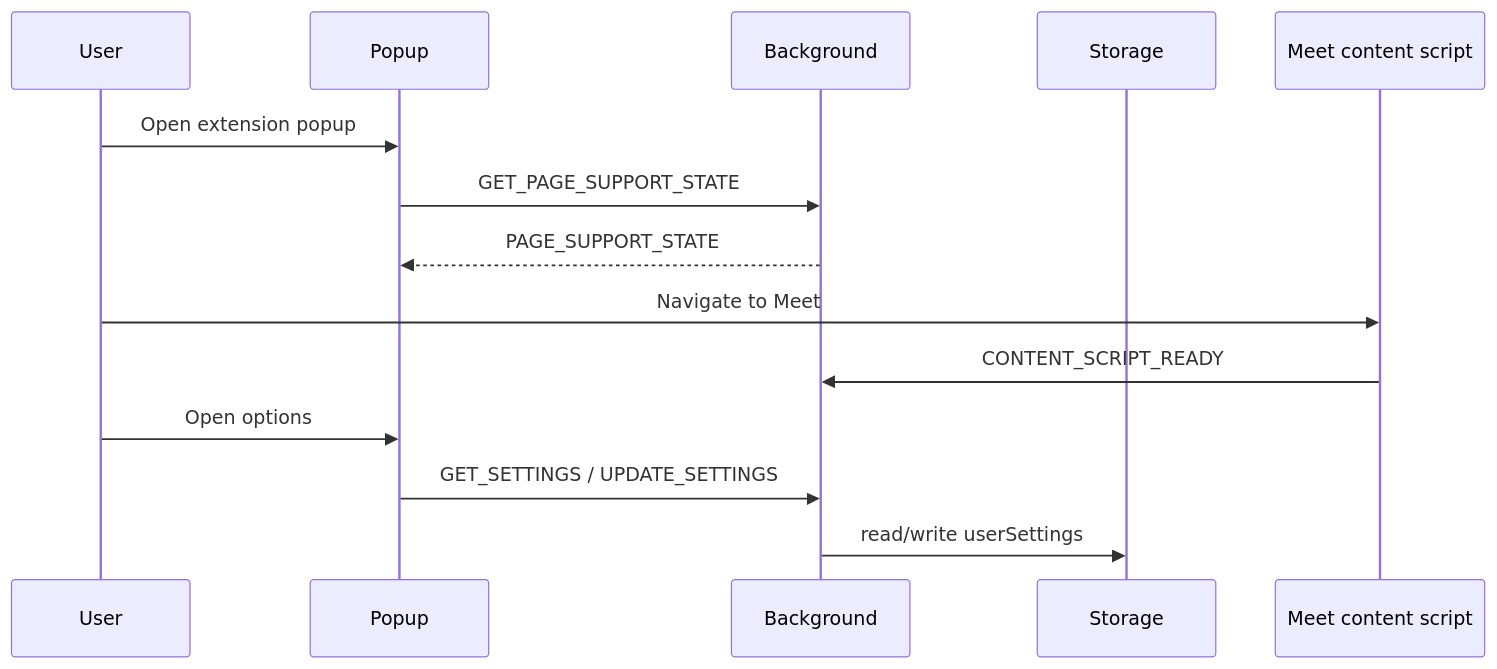
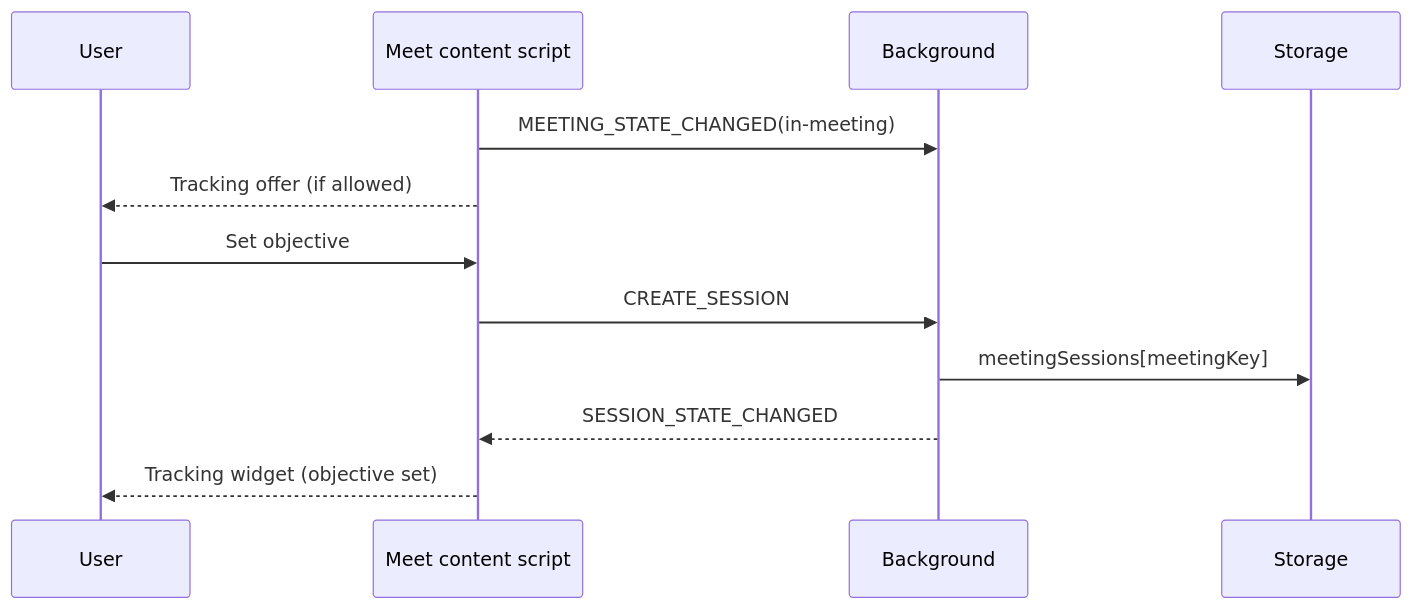
The second of 2 diagrams in docs/architecture.md (shulabhb/TopicDrift), drawn with Mermaid before and after one commit. The commit also changed other lines of this file and 45 other files, not shown here.

Commit message:
Add Meet lifecycle detection and objective session flow. Detect active Google Meet calls, offer opt-in tracking, capture explicit objectives, persist recoverable local sessions, and surface honest in-meeting/popup controls without caption or drift analysis.

````diff
--- a/docs/architecture.md
+++ b/docs/architecture.md
@@ -134,17 +96,15 @@
 ```mermaid
 sequenceDiagram
   participant User
-  participant Popup
+  participant Content as Meet content script
   participant Background
   participant Storage
-  participant Content as Meet content script
 
-  User->>Popup: Open extension popup
-  Popup->>Background: GET_PAGE_SUPPORT_STATE
-  Background-->>Popup: PAGE_SUPPORT_STATE
-  User->>Content: Navigate to Meet
-  Content->>Background: CONTENT_SCRIPT_READY
-  User->>Popup: Open options
-  Popup->>Background: GET_SETTINGS / UPDATE_SETTINGS
-  Background->>Storage: read/write userSettings
+  Content->>Background: MEETING_STATE_CHANGED(in-meeting)
+  Content-->>User: Tracking offer (if allowed)
+  User->>Content: Set objective
+  Content->>Background: CREATE_SESSION
+  Background->>Storage: meetingSessions[meetingKey]
+  Background-->>Content: SESSION_STATE_CHANGED
+  Content-->>User: Tracking widget (objective set)
 ```
````
